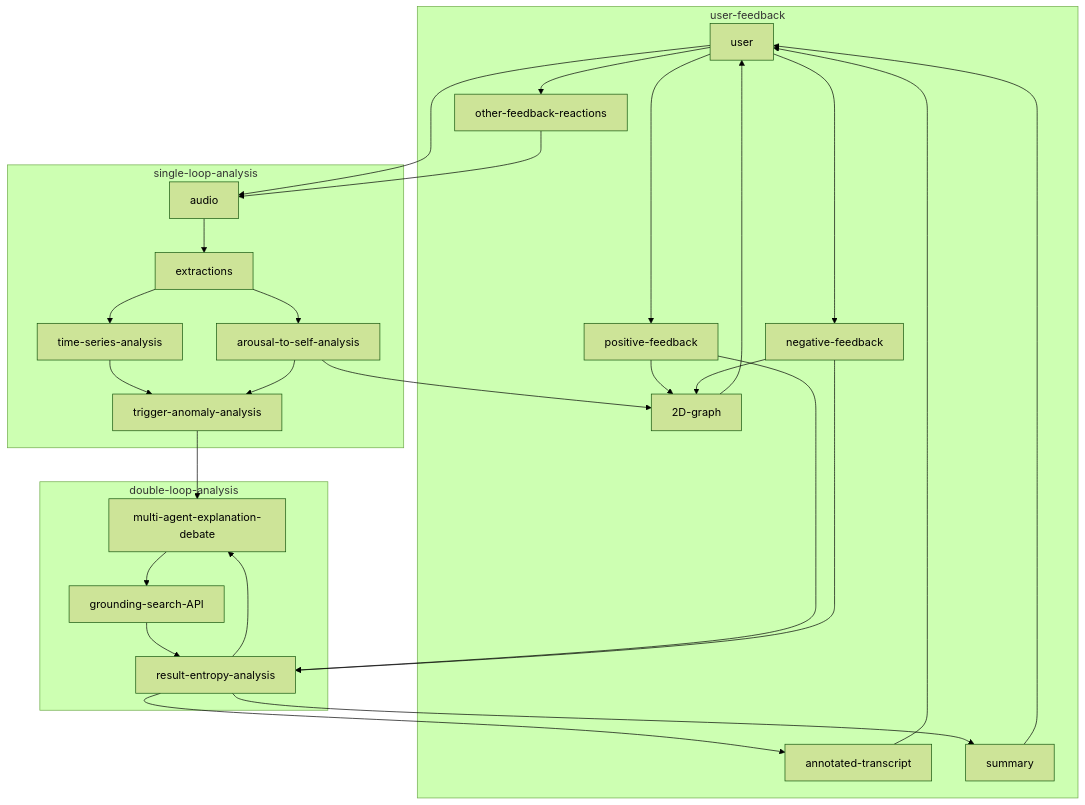
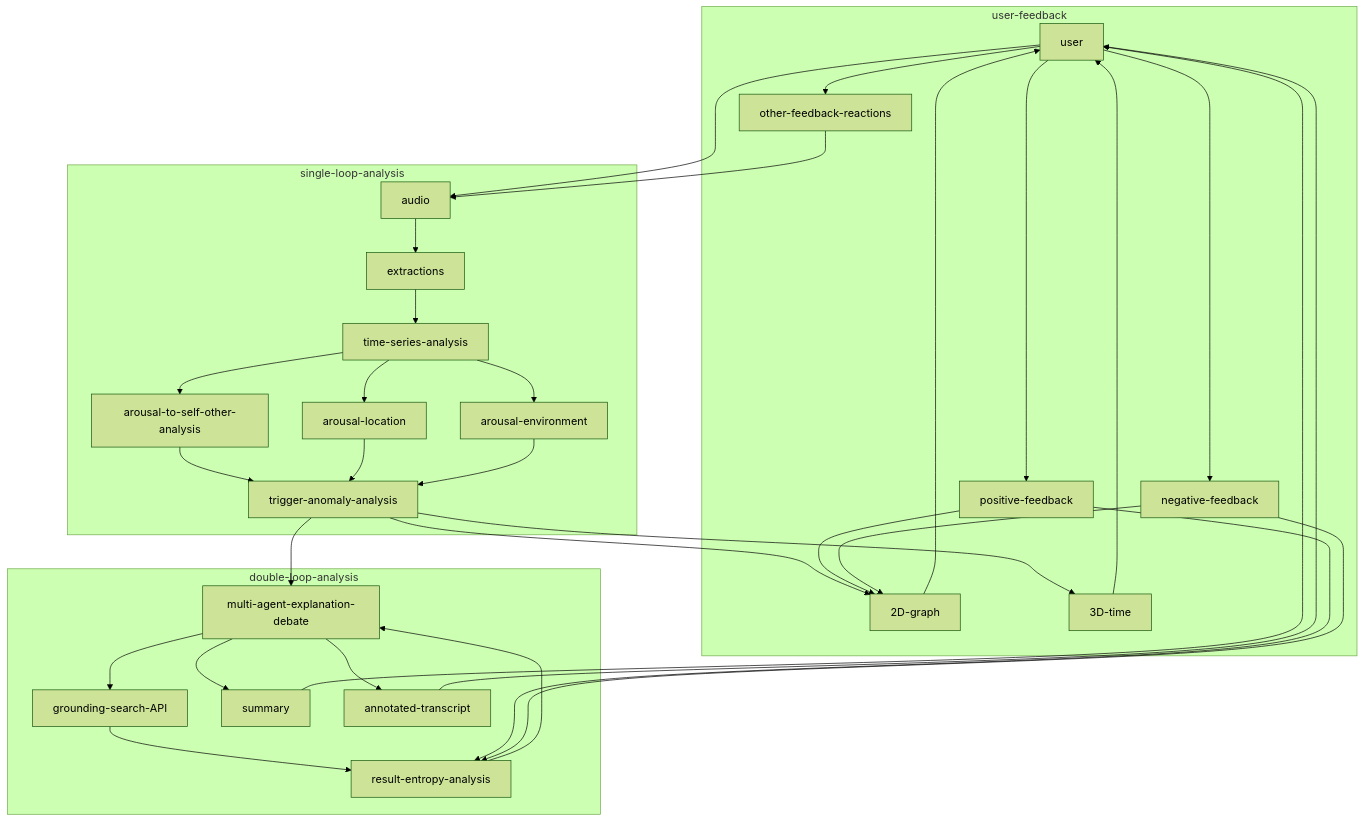
Before and after one commit to tinycatalyzer/Plans: the diagram in MyAshisuto-Overview.md, drawn with Mermaid (forest theme).

````diff
--- a/MyAshisuto-Overview.md
+++ b/MyAshisuto-Overview.md
@@ -2,17 +2,17 @@
 ```mermaid
 graph TD;
   user --> audio
   subgraph single-loop-analysis
-    audio --> extractions --> time-series-analysis & arousal-to-self-analysis --> trigger-anomaly-analysis
+    audio --> extractions --> time-series-analysis --> arousal-to-self-other-analysis & arousal-location & arousal-environment --> trigger-anomaly-analysis 
     end
   subgraph double-loop-analysis
-    trigger-anomaly-analysis --> multi-agent-explanation-debate --> grounding-search-API --> result-entropy-analysis --> multi-agent-explanation-debate
+    trigger-anomaly-analysis --> multi-agent-explanation-debate --> grounding-search-API --> result-entropy-analysis --> multi-agent-explanation-debate --> summary & annotated-transcript
     end
   subgraph user-feedback
+    trigger-anomaly-analysis --> 2D-graph & 3D-time
     annotated-transcript & summary --> user
-    result-entropy-analysis --> annotated-transcript & summary
-    arousal-to-self-analysis --> 2D-graph --> user --> positive-feedback & negative-feedback & other-feedback-reactions
+    2D-graph & 3D-time --> user --> positive-feedback & negative-feedback & other-feedback-reactions
     other-feedback-reactions --> audio
     positive-feedback & negative-feedback --> result-entropy-analysis & 2D-graph
     end 
 ```
````
